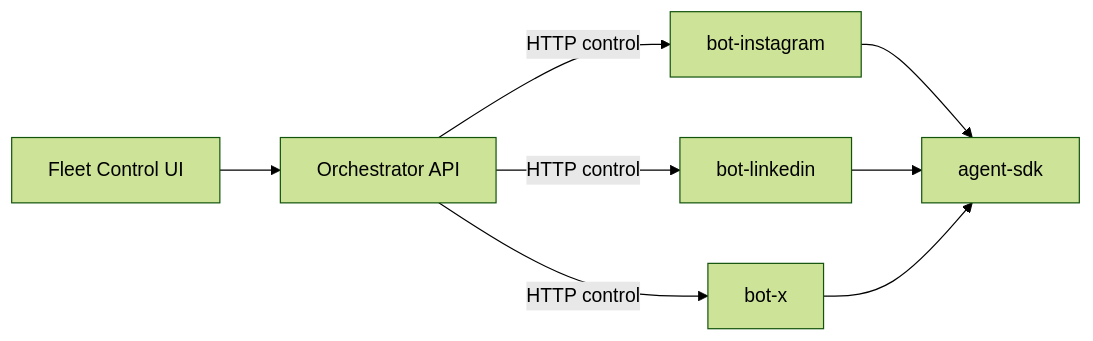
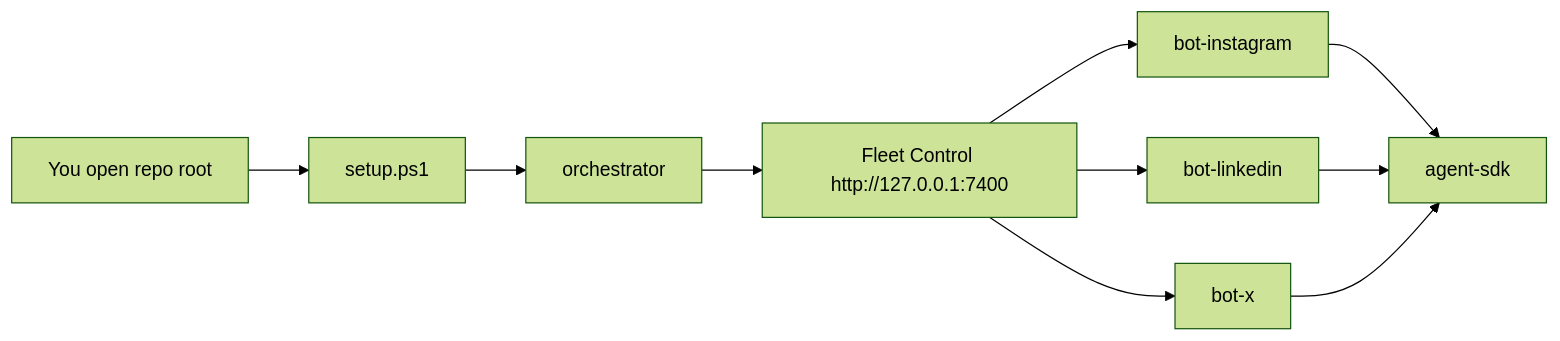
One commit to kashewknutt/instagram-bot changed the diagram in README.md. Above: the diagram before and after it, drawn with Mermaid (forest theme). The commit also changed other lines of this file and 23 other files, not shown here.

````diff
--- a/README.md
+++ b/README.md
@@ -16,17 +113,12 @@
 ```mermaid
 flowchart LR
-  Dashboard[Fleet Control UI]
-  API[Orchestrator API]
-  IG[bot-instagram]
-  LI[bot-linkedin]
-  X[bot-x]
-  SDK[agent-sdk]
-
-  Dashboard --> API
-  API -->|HTTP control| IG
-  API -->|HTTP control| LI
-  API -->|HTTP control| X
-  IG --> SDK
+  You[You open repo root] --> Setup[setup.ps1]
+  Setup --> Orch[orchestrator]
+  Orch --> UI[Fleet Control http://127.0.0.1:7400]
+  UI --> IG[bot-instagram]
+  UI --> LI[bot-linkedin]
+  UI --> X[bot-x]
+  IG --> SDK[agent-sdk]
   LI --> SDK
   X --> SDK
 ```
````
